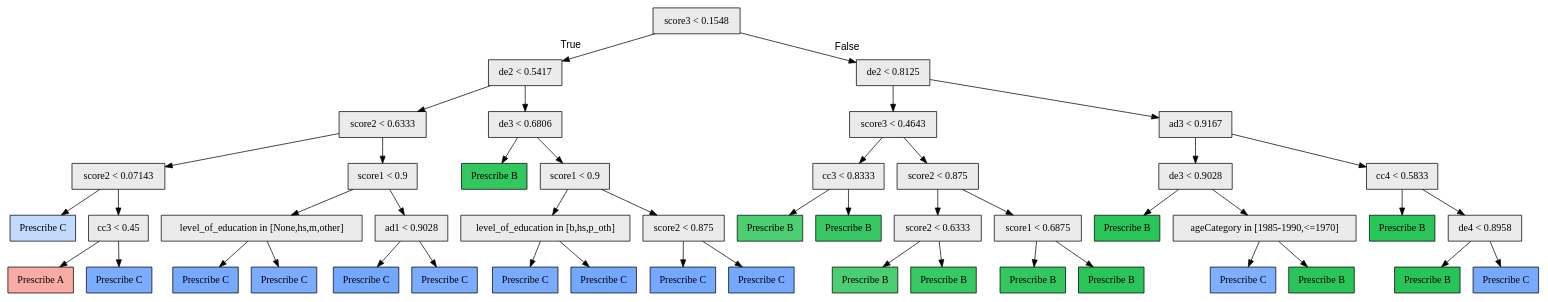
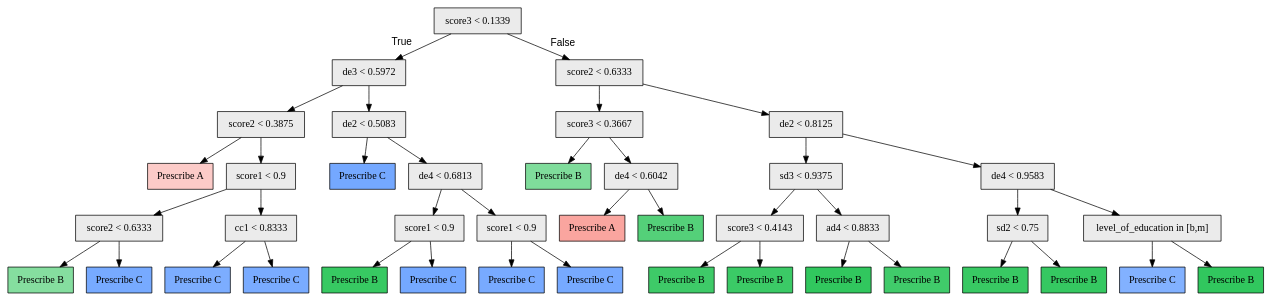
Before and after one commit to galitLukin/PersonalizedLearning: the diagram in python/model/2/rts/pytree.dot, drawn with Graphviz. The commit also changed 13 other files, not shown here.

```diff
--- a/python/model/2/rts/pytree.dot
+++ b/python/model/2/rts/pytree.dot
@@ -1,95 +1,83 @@
 digraph "G" {
-1 [fillcolor="#EBEBEB", fontname="bold arial", label="score3 &lt; 0.1548", shape=box, style="filled"];
-2 [fillcolor="#EBEBEB", fontname="bold arial", label="de2 &lt; 0.5417", shape=box, style="filled"];
-3 [fillcolor="#EBEBEB", fontname="bold arial", label="score2 &lt; 0.6333", shape=box, style="filled"];
-4 [fillcolor="#EBEBEB", fontname="bold arial", label="score2 &lt; 0.07143", shape=box, style="filled"];
-5 [color=black, fillcolor="#619CFF60", fontname="bold arial", label="Prescribe C", shape=box, style="filled"];
-6 [fillcolor="#EBEBEB", fontname="bold arial", label="cc3 &lt; 0.45", shape=box, style="filled"];
-7 [color=black, fillcolor="#F8766D9c", fontname="bold arial", label="Prescribe A", shape=box, style="filled"];
-8 [color=black, fillcolor="#619CFFd5", fontname="bold arial", label="Prescribe C", shape=box, style="filled"];
-9 [fillcolor="#EBEBEB", fontname="bold arial", label="score1 &lt; 0.9", shape=box, style="filled"];
-10 [fillcolor="#EBEBEB", fontname="bold arial", label="level_of_education in [None,hs,m,other]", shape=box, style="filled"];
-11 [color=black, fillcolor="#619CFFdc", fontname="bold arial", label="Prescribe C", shape=box, style="filled"];
-12 [color=black, fillcolor="#619CFFd5", fontname="bold arial", label="Prescribe C", shape=box, style="filled"];
-13 [fillcolor="#EBEBEB", fontname="bold arial", label="ad1 &lt; 0.9028", shape=box, style="filled"];
-14 [color=black, fillcolor="#619CFFdf", fontname="bold arial", label="Prescribe C", shape=box, style="filled"];
-15 [color=black, fillcolor="#619CFFd4", fontname="bold arial", label="Prescribe C", shape=box, style="filled"];
-16 [fillcolor="#EBEBEB", fontname="bold arial", label="de3 &lt; 0.6806", shape=box, style="filled"];
-17 [color=black, fillcolor="#00BA38cd", fontname="bold arial", label="Prescribe B", shape=box, style="filled"];
+1 [fillcolor="#EBEBEB", fontname="bold arial", label="score3 &lt; 0.1339", shape=box, style="filled"];
+2 [fillcolor="#EBEBEB", fontname="bold arial", label="de3 &lt; 0.5972", shape=box, style="filled"];
+3 [fillcolor="#EBEBEB", fontname="bold arial", label="score2 &lt; 0.3875", shape=box, style="filled"];
+4 [color=black, fillcolor="#F8766D60", fontname="bold arial", label="Prescribe A", shape=box, style="filled"];
+5 [fillcolor="#EBEBEB", fontname="bold arial", label="score1 &lt; 0.9", shape=box, style="filled"];
+6 [fillcolor="#EBEBEB", fontname="bold arial", label="score2 &lt; 0.6333", shape=box, style="filled"];
+7 [color=black, fillcolor="#00BA387a", fontname="bold arial", label="Prescribe B", shape=box, style="filled"];
+8 [color=black, fillcolor="#619CFFdb", fontname="bold arial", label="Prescribe C", shape=box, style="filled"];
+9 [fillcolor="#EBEBEB", fontname="bold arial", label="cc1 &lt; 0.8333", shape=box, style="filled"];
+10 [color=black, fillcolor="#619CFFd2", fontname="bold arial", label="Prescribe C", shape=box, style="filled"];
+11 [color=black, fillcolor="#619CFFd8", fontname="bold arial", label="Prescribe C", shape=box, style="filled"];
+12 [fillcolor="#EBEBEB", fontname="bold arial", label="de2 &lt; 0.5083", shape=box, style="filled"];
+13 [color=black, fillcolor="#619CFFdf", fontname="bold arial", label="Prescribe C", shape=box, style="filled"];
+14 [fillcolor="#EBEBEB", fontname="bold arial", label="de4 &lt; 0.6813", shape=box, style="filled"];
+15 [fillcolor="#EBEBEB", fontname="bold arial", label="score1 &lt; 0.9", shape=box, style="filled"];
+16 [color=black, fillcolor="#00BA38c8", fontname="bold arial", label="Prescribe B", shape=box, style="filled"];
+17 [color=black, fillcolor="#619CFFdf", fontname="bold arial", label="Prescribe C", shape=box, style="filled"];
 18 [fillcolor="#EBEBEB", fontname="bold arial", label="score1 &lt; 0.9", shape=box, style="filled"];
-19 [fillcolor="#EBEBEB", fontname="bold arial", label="level_of_education in [b,hs,p_oth]", shape=box, style="filled"];
-20 [color=black, fillcolor="#619CFFd7", fontname="bold arial", label="Prescribe C", shape=box, style="filled"];
-21 [color=black, fillcolor="#619CFFdf", fontname="bold arial", label="Prescribe C", shape=box, style="filled"];
-22 [fillcolor="#EBEBEB", fontname="bold arial", label="score2 &lt; 0.875", shape=box, style="filled"];
-23 [color=black, fillcolor="#619CFFde", fontname="bold arial", label="Prescribe C", shape=box, style="filled"];
-24 [color=black, fillcolor="#619CFFde", fontname="bold arial", label="Prescribe C", shape=box, style="filled"];
-25 [fillcolor="#EBEBEB", fontname="bold arial", label="de2 &lt; 0.8125", shape=box, style="filled"];
-26 [fillcolor="#EBEBEB", fontname="bold arial", label="score3 &lt; 0.4643", shape=box, style="filled"];
-27 [fillcolor="#EBEBEB", fontname="bold arial", label="cc3 &lt; 0.8333", shape=box, style="filled"];
-28 [color=black, fillcolor="#00BA38b3", fontname="bold arial", label="Prescribe B", shape=box, style="filled"];
-29 [color=black, fillcolor="#00BA38c9", fontname="bold arial", label="Prescribe B", shape=box, style="filled"];
-30 [fillcolor="#EBEBEB", fontname="bold arial", label="score2 &lt; 0.875", shape=box, style="filled"];
-31 [fillcolor="#EBEBEB", fontname="bold arial", label="score2 &lt; 0.6333", shape=box, style="filled"];
-32 [color=black, fillcolor="#00BA38b5", fontname="bold arial", label="Prescribe B", shape=box, style="filled"];
-33 [color=black, fillcolor="#00BA38c8", fontname="bold arial", label="Prescribe B", shape=box, style="filled"];
-34 [fillcolor="#EBEBEB", fontname="bold arial", label="score1 &lt; 0.6875", shape=box, style="filled"];
-35 [color=black, fillcolor="#00BA38cc", fontname="bold arial", label="Prescribe B", shape=box, style="filled"];
-36 [color=black, fillcolor="#00BA38d5", fontname="bold arial", label="Prescribe B", shape=box, style="filled"];
-37 [fillcolor="#EBEBEB", fontname="bold arial", label="ad3 &lt; 0.9167", shape=box, style="filled"];
-38 [fillcolor="#EBEBEB", fontname="bold arial", label="de3 &lt; 0.9028", shape=box, style="filled"];
-39 [color=black, fillcolor="#00BA38d6", fontname="bold arial", label="Prescribe B", shape=box, style="filled"];
-40 [fillcolor="#EBEBEB", fontname="bold arial", label="ageCategory in [1985-1990,&lt;=1970]", shape=box, style="filled"];
-41 [color=black, fillcolor="#619CFFcc", fontname="bold arial", label="Prescribe C", shape=box, style="filled"];
-42 [color=black, fillcolor="#00BA38d5", fontname="bold arial", label="Prescribe B", shape=box, style="filled"];
-43 [fillcolor="#EBEBEB", fontname="bold arial", label="cc4 &lt; 0.5833", shape=box, style="filled"];
-44 [color=black, fillcolor="#00BA38d6", fontname="bold arial", label="Prescribe B", shape=box, style="filled"];
-45 [fillcolor="#EBEBEB", fontname="bold arial", label="de4 &lt; 0.8958", shape=box, style="filled"];
-46 [color=black, fillcolor="#00BA38d7", fontname="bold arial", label="Prescribe B", shape=box, style="filled"];
-47 [color=black, fillcolor="#619CFFdb", fontname="bold arial", label="Prescribe C", shape=box, style="filled"];
+19 [color=black, fillcolor="#619CFFd9", fontname="bold arial", label="Prescribe C", shape=box, style="filled"];
+20 [color=black, fillcolor="#619CFFdc", fontname="bold arial", label="Prescribe C", shape=box, style="filled"];
+21 [fillcolor="#EBEBEB", fontname="bold arial", label="score2 &lt; 0.6333", shape=box, style="filled"];
+22 [fillcolor="#EBEBEB", fontname="bold arial", label="score3 &lt; 0.3667", shape=box, style="filled"];
+23 [color=black, fillcolor="#00BA3880", fontname="bold arial", label="Prescribe B", shape=box, style="filled"];
+24 [fillcolor="#EBEBEB", fontname="bold arial", label="de4 &lt; 0.6042", shape=box, style="filled"];
+25 [color=black, fillcolor="#F8766Da7", fontname="bold arial", label="Prescribe A", shape=box, style="filled"];
+26 [color=black, fillcolor="#00BA38ab", fontname="bold arial", label="Prescribe B", shape=box, style="filled"];
+27 [fillcolor="#EBEBEB", fontname="bold arial", label="de2 &lt; 0.8125", shape=box, style="filled"];
+28 [fillcolor="#EBEBEB", fontname="bold arial", label="sd3 &lt; 0.9375", shape=box, style="filled"];
+29 [fillcolor="#EBEBEB", fontname="bold arial", label="score3 &lt; 0.4143", shape=box, style="filled"];
+30 [color=black, fillcolor="#00BA38c1", fontname="bold arial", label="Prescribe B", shape=box, style="filled"];
+31 [color=black, fillcolor="#00BA38c4", fontname="bold arial", label="Prescribe B", shape=box, style="filled"];
+32 [fillcolor="#EBEBEB", fontname="bold arial", label="ad4 &lt; 0.8833", shape=box, style="filled"];
+33 [color=black, fillcolor="#00BA38ce", fontname="bold arial", label="Prescribe B", shape=box, style="filled"];
+34 [color=black, fillcolor="#00BA38bf", fontname="bold arial", label="Prescribe B", shape=box, style="filled"];
+35 [fillcolor="#EBEBEB", fontname="bold arial", label="de4 &lt; 0.9583", shape=box, style="filled"];
+36 [fillcolor="#EBEBEB", fontname="bold arial", label="sd2 &lt; 0.75", shape=box, style="filled"];
+37 [color=black, fillcolor="#00BA38c7", fontname="bold arial", label="Prescribe B", shape=box, style="filled"];
+38 [color=black, fillcolor="#00BA38ca", fontname="bold arial", label="Prescribe B", shape=box, style="filled"];
+39 [fillcolor="#EBEBEB", fontname="bold arial", label="level_of_education in [b,m]", shape=box, style="filled"];
+40 [color=black, fillcolor="#619CFFc9", fontname="bold arial", label="Prescribe C", shape=box, style="filled"];
+41 [color=black, fillcolor="#00BA38ce", fontname="bold arial", label="Prescribe B", shape=box, style="filled"];
 1 -> 2  [fontname="arial", headlabel="True", key=0, labelangle=45, labeldistance="2.5"];
-1 -> 25  [fontname="arial", headlabel="False", key=0, labelangle="-45", labeldistance="2.5"];
+1 -> 21  [fontname="arial", headlabel="False", key=0, labelangle="-45", labeldistance="2.5"];
 2 -> 3  [key=0];
-2 -> 16  [key=0];
+2 -> 12  [key=0];
 3 -> 4  [key=0];
-3 -> 9  [key=0];
-4 -> 5  [key=0];
-4 -> 6  [key=0];
+3 -> 5  [key=0];
+5 -> 6  [key=0];
+5 -> 9  [key=0];
 6 -> 7  [key=0];
 6 -> 8  [key=0];
 9 -> 10  [key=0];
-9 -> 13  [key=0];
-10 -> 11  [key=0];
-10 -> 12  [key=0];
-13 -> 14  [key=0];
-13 -> 15  [key=0];
-16 -> 17  [key=0];
-16 -> 18  [key=0];
+9 -> 11  [key=0];
+12 -> 13  [key=0];
+12 -> 14  [key=0];
+14 -> 15  [key=0];
+14 -> 18  [key=0];
+15 -> 16  [key=0];
+15 -> 17  [key=0];
 18 -> 19  [key=0];
-18 -> 22  [key=0];
-19 -> 20  [key=0];
-19 -> 21  [key=0];
+18 -> 20  [key=0];
+21 -> 22  [key=0];
+21 -> 27  [key=0];
 22 -> 23  [key=0];
 22 -> 24  [key=0];
-25 -> 26  [key=0];
-25 -> 37  [key=0];
-26 -> 27  [key=0];
-26 -> 30  [key=0];
+24 -> 25  [key=0];
+24 -> 26  [key=0];
 27 -> 28  [key=0];
-27 -> 29  [key=0];
-30 -> 31  [key=0];
-30 -> 34  [key=0];
-31 -> 32  [key=0];
-31 -> 33  [key=0];
-34 -> 35  [key=0];
-34 -> 36  [key=0];
-37 -> 38  [key=0];
-37 -> 43  [key=0];
-38 -> 39  [key=0];
-38 -> 40  [key=0];
-40 -> 41  [key=0];
-40 -> 42  [key=0];
-43 -> 44  [key=0];
-43 -> 45  [key=0];
-45 -> 46  [key=0];
-45 -> 47  [key=0];
+27 -> 35  [key=0];
+28 -> 29  [key=0];
+28 -> 32  [key=0];
+29 -> 30  [key=0];
+29 -> 31  [key=0];
+32 -> 33  [key=0];
+32 -> 34  [key=0];
+35 -> 36  [key=0];
+35 -> 39  [key=0];
+36 -> 37  [key=0];
+36 -> 38  [key=0];
+39 -> 40  [key=0];
+39 -> 41  [key=0];
 }
```
